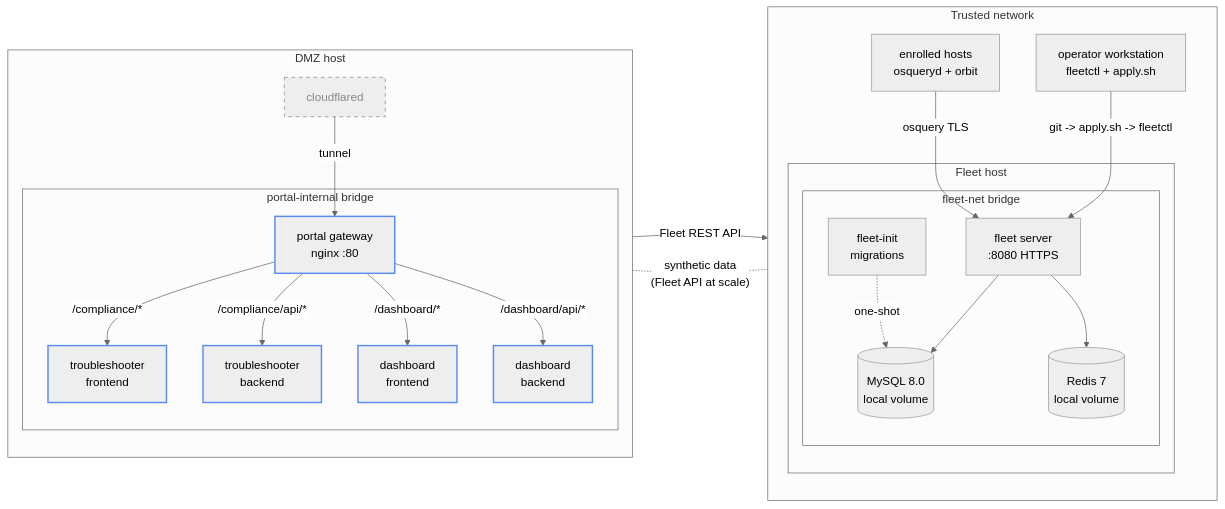
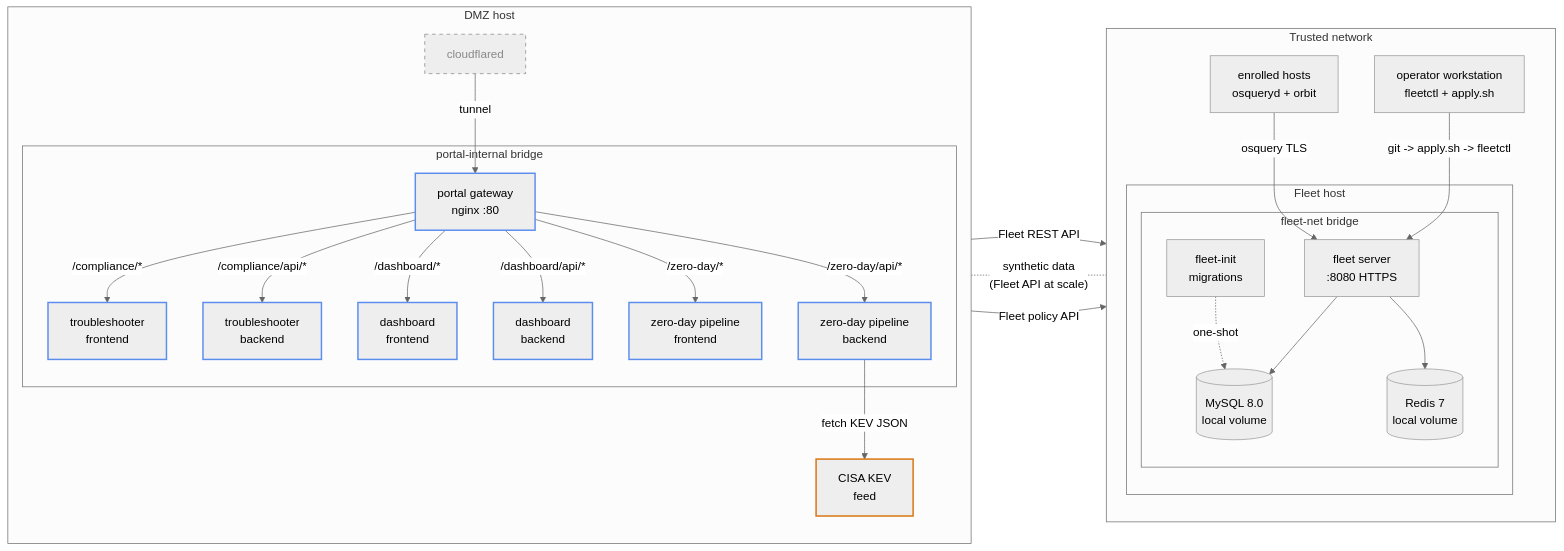
Before and after one commit to badbread/bread-fleet: the diagram in README.md, drawn with Mermaid (neutral theme). The commit also changed other lines of this file and 41 other files, not shown here.

First line of the commit message:
feat(zero-day-pipeline): CISA KEV to Fleet detection policies

````diff
--- a/README.md
+++ b/README.md
@@ -67,45 +67,53 @@
 ```mermaid
 flowchart LR
     subgraph "DMZ host"
         direction TB
         subgraph portal-stack [portal-internal bridge]
             PORTAL[portal gateway<br/>nginx :80]:::tooling
             CT_FE[troubleshooter<br/>frontend]:::tooling
             CT_BE[troubleshooter<br/>backend]:::tooling
             SD_FE[dashboard<br/>frontend]:::tooling
             SD_BE[dashboard<br/>backend]:::tooling
+            ZD_FE[zero-day pipeline<br/>frontend]:::tooling
+            ZD_BE[zero-day pipeline<br/>backend]:::tooling
         end
+        CISA[CISA KEV<br/>feed]:::external
         CFD_WP[cloudflared]:::optional
     end
 
     subgraph "Trusted network"
         direction TB
         subgraph "Fleet host"
             subgraph fleet-net [fleet-net bridge]
                 FLEET[fleet server<br/>:8080 HTTPS]
                 FLEETINIT[fleet-init<br/>migrations]
                 MYSQL[(MySQL 8.0<br/>local volume)]
                 REDIS[(Redis 7<br/>local volume)]
             end
         end
 
         OPS[operator workstation<br/>fleetctl + apply.sh]
         LX[enrolled hosts<br/>osqueryd + orbit]
     end
 
     CFD_WP -->|"tunnel"| PORTAL
     PORTAL -->|"/compliance/*"| CT_FE
     PORTAL -->|"/compliance/api/*"| CT_BE
     PORTAL -->|"/dashboard/*"| SD_FE
     PORTAL -->|"/dashboard/api/*"| SD_BE
+    PORTAL -->|"/zero-day/*"| ZD_FE
+    PORTAL -->|"/zero-day/api/*"| ZD_BE
     CT_BE -->|"Fleet REST API"| FLEET
     SD_BE -.-|"synthetic data<br/>(Fleet API at scale)"| FLEET
+    ZD_BE -->|"Fleet policy API"| FLEET
+    ZD_BE -->|"fetch KEV JSON"| CISA
     OPS -->|"git -> apply.sh -> fleetctl"| FLEET
     LX -->|"osquery TLS"| FLEET
     FLEET --> MYSQL
     FLEET --> REDIS
     FLEETINIT -.->|one-shot| MYSQL
 
     classDef optional stroke-dasharray: 5 5,stroke:#888,color:#888
     classDef tooling stroke:#5b8def,stroke-width:2px
+    classDef external stroke:#D9730D,stroke-width:2px
 ```
````
